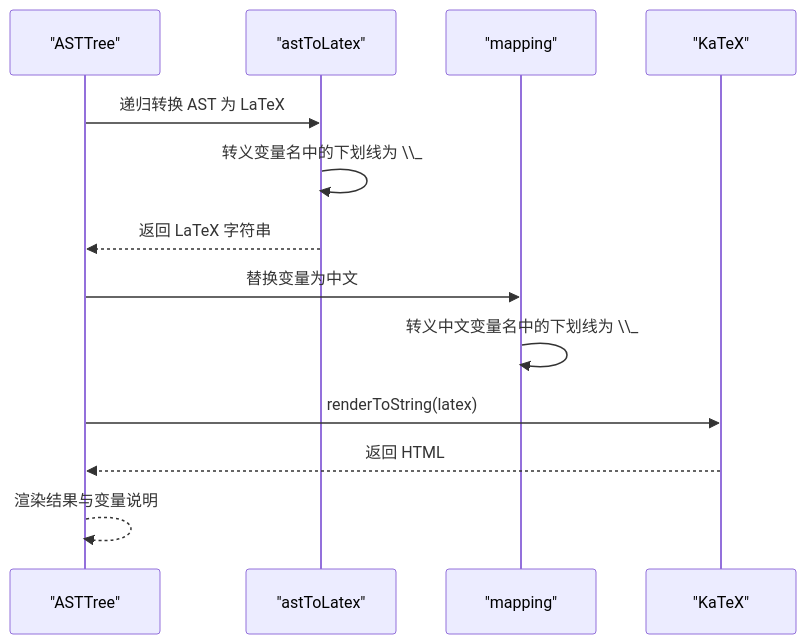
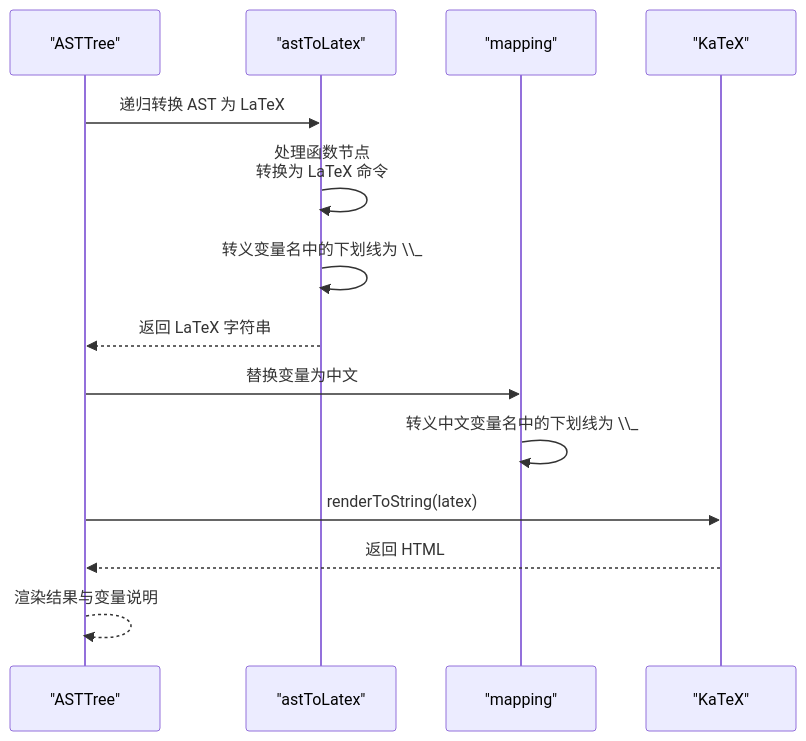
The fifth of 7 diagrams in .qoder/repowiki/zh/content/用户指南/可视化展示/公式渲染.md (steveyu2/formula-mapper), drawn with Mermaid before and after one commit. The commit also changed other lines of this file and 10 other files, not shown here.

````diff
--- a/.qoder/repowiki/zh/content/用户指南/可视化展示/公式渲染.md
+++ b/.qoder/repowiki/zh/content/用户指南/可视化展示/公式渲染.md
@@ -247,15 +242,16 @@
 ```mermaid
 sequenceDiagram
 participant AST as "ASTTree"
 participant T as "astToLatex"
 participant M as "mapping"
 participant K as "KaTeX"
 AST->>T : 递归转换 AST 为 LaTeX
+T->>T : 处理函数节点<br/>转换为 LaTeX 命令
 T->>T : 转义变量名中的下划线为 \\_
 T-->>AST : 返回 LaTeX 字符串
 AST->>M : 替换变量为中文
 M->>M : 转义中文变量名中的下划线为 \\_
 AST->>K : renderToString(latex)
 K-->>AST : 返回 HTML
 AST-->>AST : 渲染结果与变量说明
 ```
````
